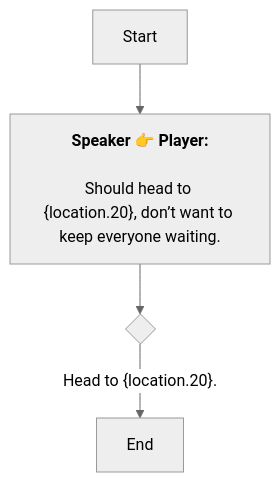
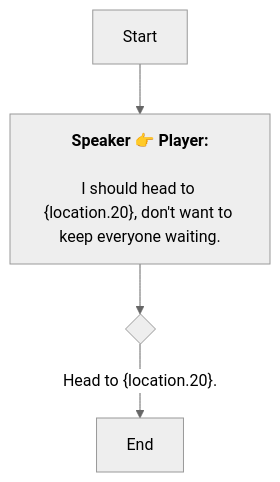
The diagram in En/QuestStartTalkENode_1741807069284794.md (SoftHu/tos_avg), drawn with Mermaid (neutral theme) before and after one commit. The commit also changed 297 other files, not shown here.

````diff
--- a/En/QuestStartTalkENode_1741807069284794.md
+++ b/En/QuestStartTalkENode_1741807069284794.md
@@ -1,9 +1,9 @@
 ```mermaid
 graph
 Start -->1741807087283645[<b>Speaker 👉 Player:</b>
 
-Should head to &lbrace;location.20&rbrace;, don’t want to keep everyone waiting.]
+I should head to &lbrace;location.20&rbrace;, don't want to keep everyone waiting.]
 1741807087283645 -->1741807109361086{ }
 1741807109361086 -->|Head to &lbrace;location.20&rbrace;.|1741807120502209[End]
 
  ```
````
